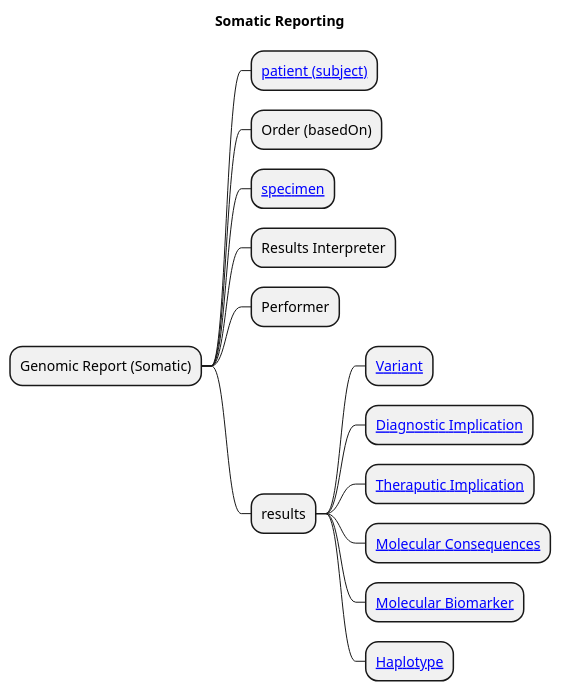
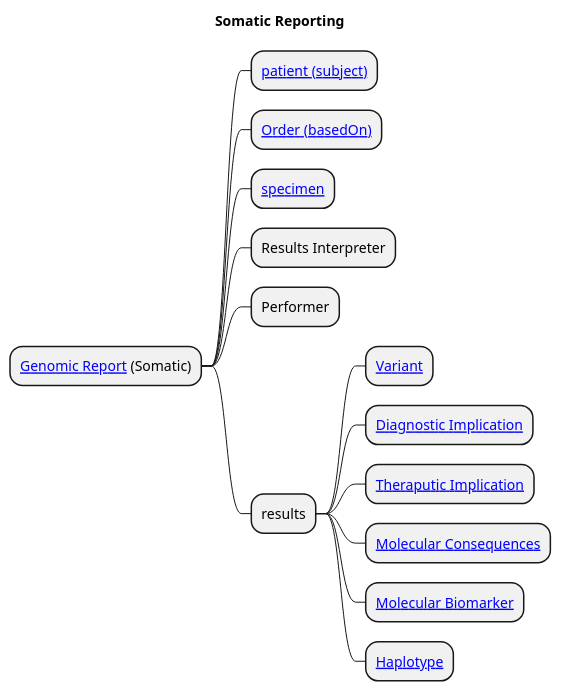
One commit to nw-gmsa/nw-gmsa.github.com changed the diagram in input/images-source/GenomicReport-Somatic.plantuml. Above: the diagram before and after it, drawn with PlantUML.

Commit message:
Mind map

```diff
--- a/input/images-source/GenomicReport-Somatic.plantuml
+++ b/input/images-source/GenomicReport-Somatic.plantuml
@@ -1,19 +1,19 @@
 @startmindmap
 
 title "Somatic Reporting"
 
-* Genomic Report (Somatic)
+* [[https://hl7.org/fhir/uv/genomics-reporting/StructureDefinition-genomic-report.html Genomic Report]] (Somatic)
 ** [[StructureDefinition-Patient.html patient (subject)]]
-** Order (basedOn)
+** [[StructureDefinition-ServiceRequest.html Order (basedOn)]]
 ** [[StructureDefinition-Specimen.html specimen]]
 ** Results Interpreter
 ** Performer
 ** results
 *** [[https://hl7.org/fhir/uv/genomics-reporting/StructureDefinition-variant.html Variant]]
 *** [[https://hl7.org/fhir/uv/genomics-reporting/StructureDefinition-diagnostic-implication.html Diagnostic Implication]]
 *** [[https://hl7.org/fhir/uv/genomics-reporting/StructureDefinition-therapeutic-implication.html Theraputic Implication]]
 *** [[https://hl7.org/fhir/uv/genomics-reporting/StructureDefinition-molecular-consequence.html Molecular Consequences]]
 *** [[https://hl7.org/fhir/uv/genomics-reporting/StructureDefinition-molecular-biomarker.html Molecular Biomarker]]
 *** [[https://hl7.org/fhir/uv/genomics-reporting/StructureDefinition-haplotype.html Haplotype]]
 
 @endmindmap
```
